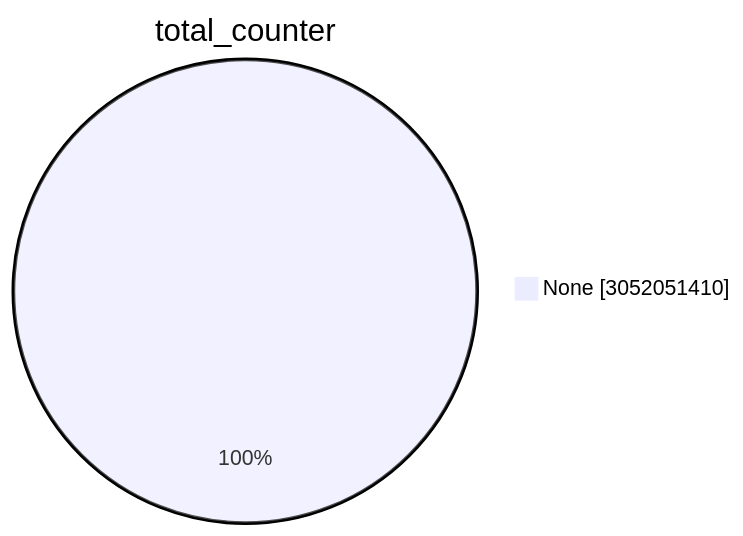
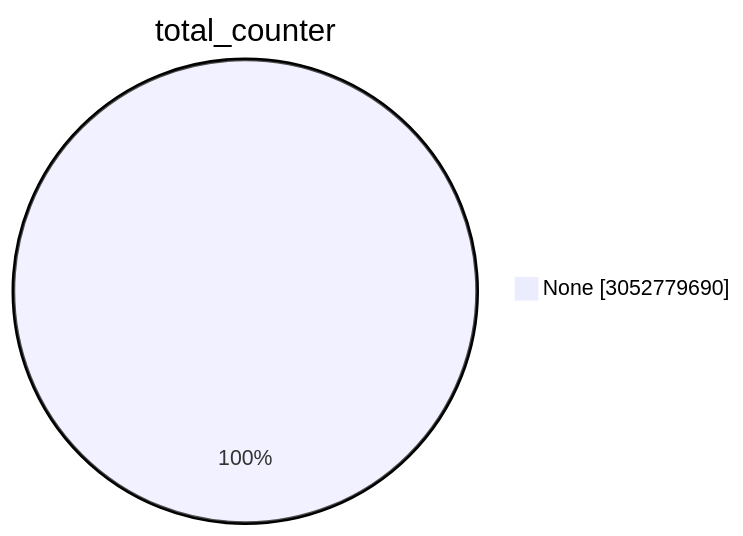
Before and after one commit to christiankrug/ctmonitor_visualization: the first of 15 diagrams in TOTAL/README.md, drawn with Mermaid. The commit also changed other lines of this file, not shown here.

````diff
--- a/TOTAL/README.md
+++ b/TOTAL/README.md
@@ -1,5 +1,5 @@
 ```mermaid
 pie showData
 title total_counter
-"None" :3052051410
+"None" :3052779690
 ```
````
